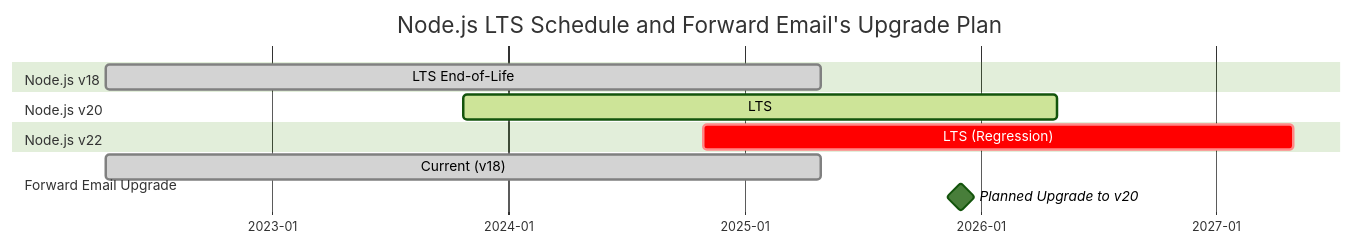
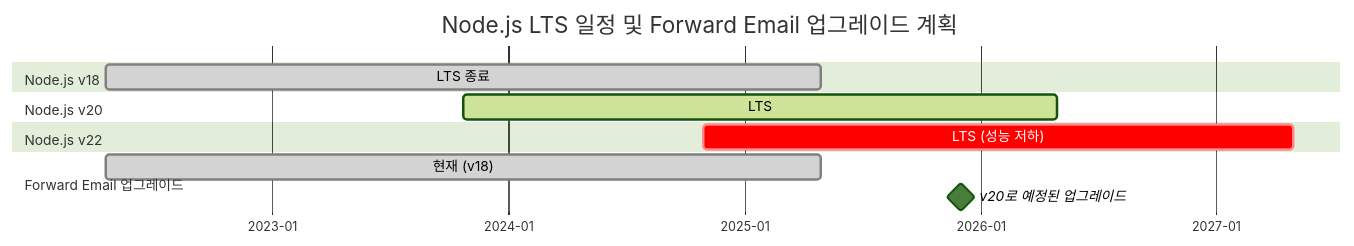
The first of 3 diagrams in app/views/docs/sqlite-performance-optimization-pragma-chacha20-production-guide/index-ko.md (forwardemail/forwardemail.net), drawn with Mermaid (forest theme) before and after one commit. The commit also changed other lines of this file and 1055 other files, not shown here.

````diff
--- a/app/views/docs/sqlite-performance-optimization-pragma-chacha20-production-guide/index-ko.md
+++ b/app/views/docs/sqlite-performance-optimization-pragma-chacha20-production-guide/index-ko.md
@@ -54,19 +56,19 @@
 ```mermaid
 gantt
-    title Node.js LTS Schedule and Forward Email's Upgrade Plan
+    title Node.js LTS 일정 및 Forward Email 업그레이드 계획
     dateFormat  YYYY-MM-DD
     axisFormat  %Y-%m
 
     section Node.js v18
-    LTS End-of-Life :done, 2022-04-19, 2025-04-30
+    LTS 종료 :done, 2022-04-19, 2025-04-30
 
     section Node.js v20
     LTS :active, 2023-10-24, 2026-04-30
 
     section Node.js v22
-    LTS (Regression) :crit, 2024-10-29, 2027-04-30
+    LTS (성능 저하) :crit, 2024-10-29, 2027-04-30
 
-    section Forward Email Upgrade
-    Current (v18) :done, 2022-04-19, 2025-04-30
-    Planned Upgrade to v20 :milestone, 2025-12-01, 1d
+    section Forward Email 업그레이드
+    현재 (v18) :done, 2022-04-19, 2025-04-30
+    v20로 예정된 업그레이드 :milestone, 2025-12-01, 1d
 ```
````
